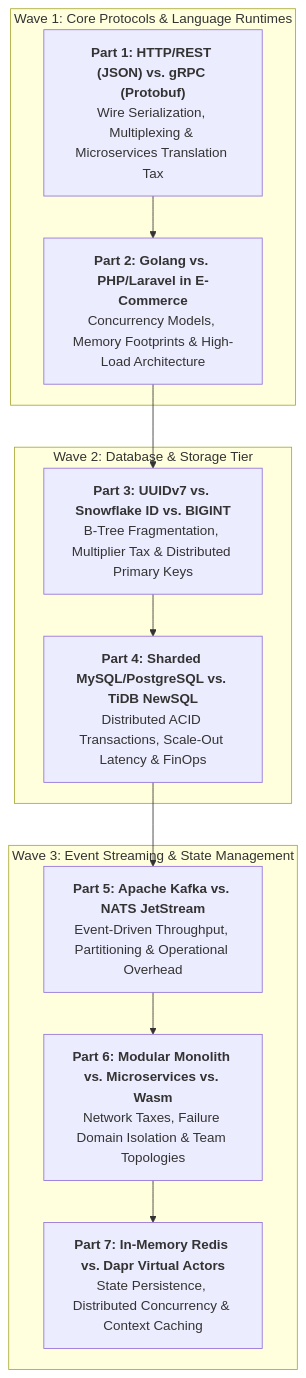
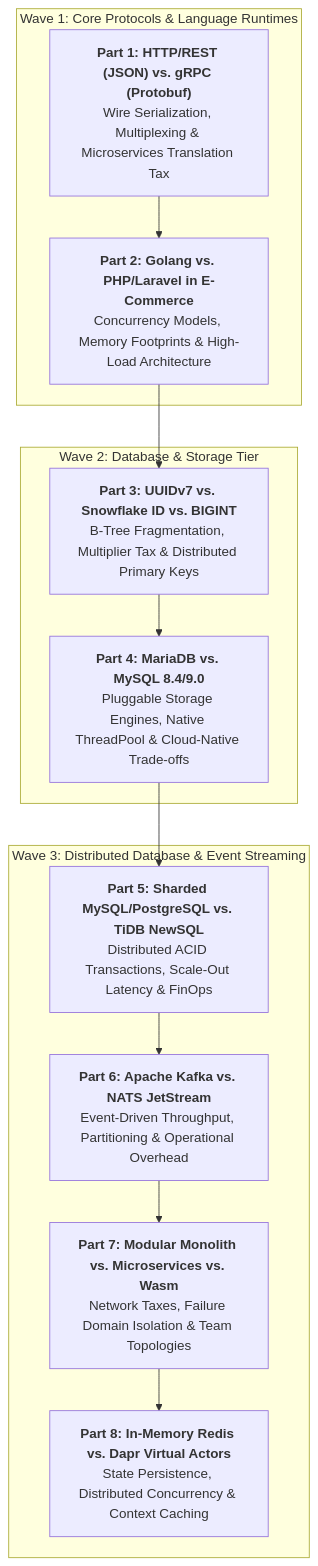
The diagram in content/series/architectural-tradeoffs-showdowns/_index.md (vesviet/vesviet), drawn with Mermaid before and after one commit. The commit also changed other lines of this file and 2 other files, not shown here.

Commit message:
feat(series): add Part 4 MariaDB vs MySQL showdown to architectural-tradeoffs-showdowns

````diff
--- a/content/series/architectural-tradeoffs-showdowns/_index.md
+++ b/content/series/architectural-tradeoffs-showdowns/_index.md
@@ -37,18 +37,19 @@
 ```mermaid
 flowchart TD
     subgraph Wave1 ["Wave 1: Core Protocols & Language Runtimes"]
         P1["<b>Part 1: HTTP/REST (JSON) vs. gRPC (Protobuf)</b><br/>Wire Serialization, Multiplexing & Microservices Translation Tax"]
         P2["<b>Part 2: Golang vs. PHP/Laravel in E-Commerce</b><br/>Concurrency Models, Memory Footprints & High-Load Architecture"]
     end
     subgraph Wave2 ["Wave 2: Database & Storage Tier"]
         P3["<b>Part 3: UUIDv7 vs. Snowflake ID vs. BIGINT</b><br/>B-Tree Fragmentation, Multiplier Tax & Distributed Primary Keys"]
-        P4["<b>Part 4: Sharded MySQL/PostgreSQL vs. TiDB NewSQL</b><br/>Distributed ACID Transactions, Scale-Out Latency & FinOps"]
+        P4["<b>Part 4: MariaDB vs. MySQL 8.4/9.0</b><br/>Pluggable Storage Engines, Native ThreadPool & Cloud-Native Trade-offs"]
     end
-    subgraph Wave3 ["Wave 3: Event Streaming & State Management"]
-        P5["<b>Part 5: Apache Kafka vs. NATS JetStream</b><br/>Event-Driven Throughput, Partitioning & Operational Overhead"]
-        P6["<b>Part 6: Modular Monolith vs. Microservices vs. Wasm</b><br/>Network Taxes, Failure Domain Isolation & Team Topologies"]
-        P7["<b>Part 7: In-Memory Redis vs. Dapr Virtual Actors</b><br/>State Persistence, Distributed Concurrency & Context Caching"]
+    subgraph Wave3 ["Wave 3: Distributed Database & Event Streaming"]
+        P5["<b>Part 5: Sharded MySQL/PostgreSQL vs. TiDB NewSQL</b><br/>Distributed ACID Transactions, Scale-Out Latency & FinOps"]
+        P6["<b>Part 6: Apache Kafka vs. NATS JetStream</b><br/>Event-Driven Throughput, Partitioning & Operational Overhead"]
+        P7["<b>Part 7: Modular Monolith vs. Microservices vs. Wasm</b><br/>Network Taxes, Failure Domain Isolation & Team Topologies"]
+        P8["<b>Part 8: In-Memory Redis vs. Dapr Virtual Actors</b><br/>State Persistence, Distributed Concurrency & Context Caching"]
     end
 
-    P1 --> P2 --> P3 --> P4 --> P5 --> P6 --> P7
+    P1 --> P2 --> P3 --> P4 --> P5 --> P6 --> P7 --> P8
 ```
````
